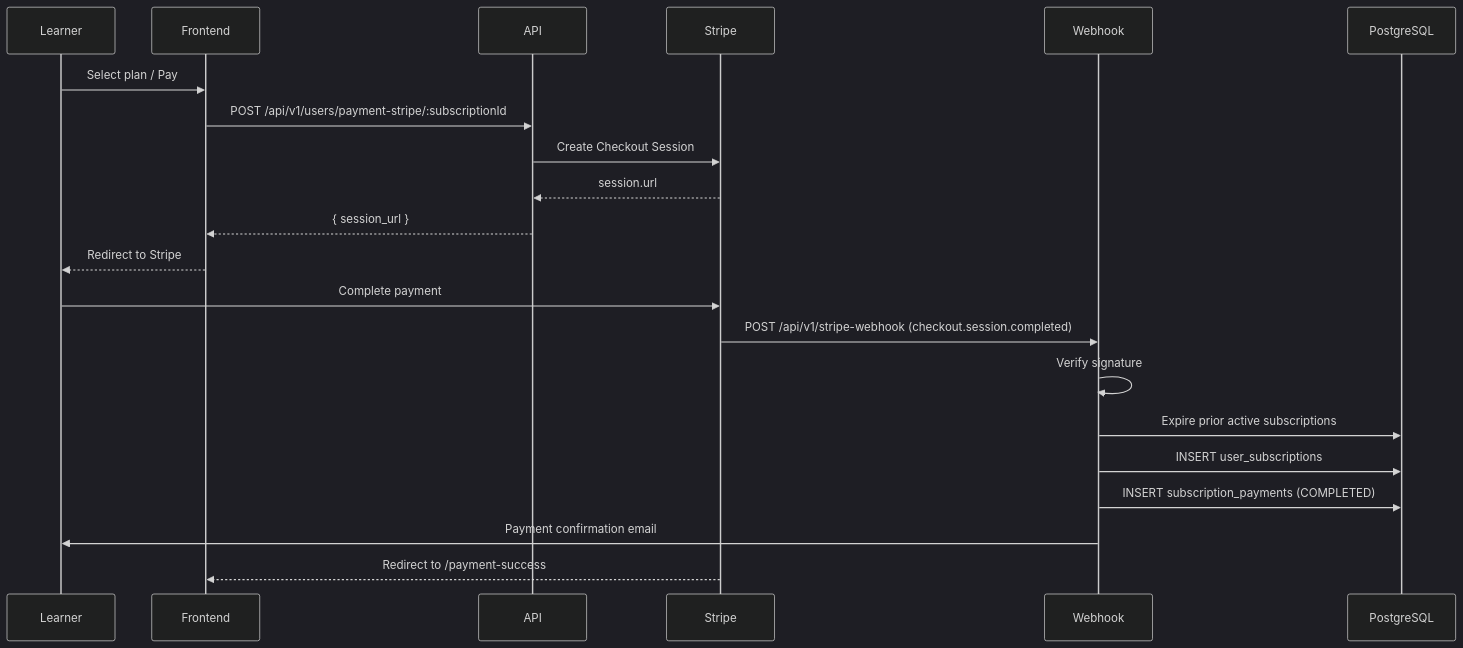
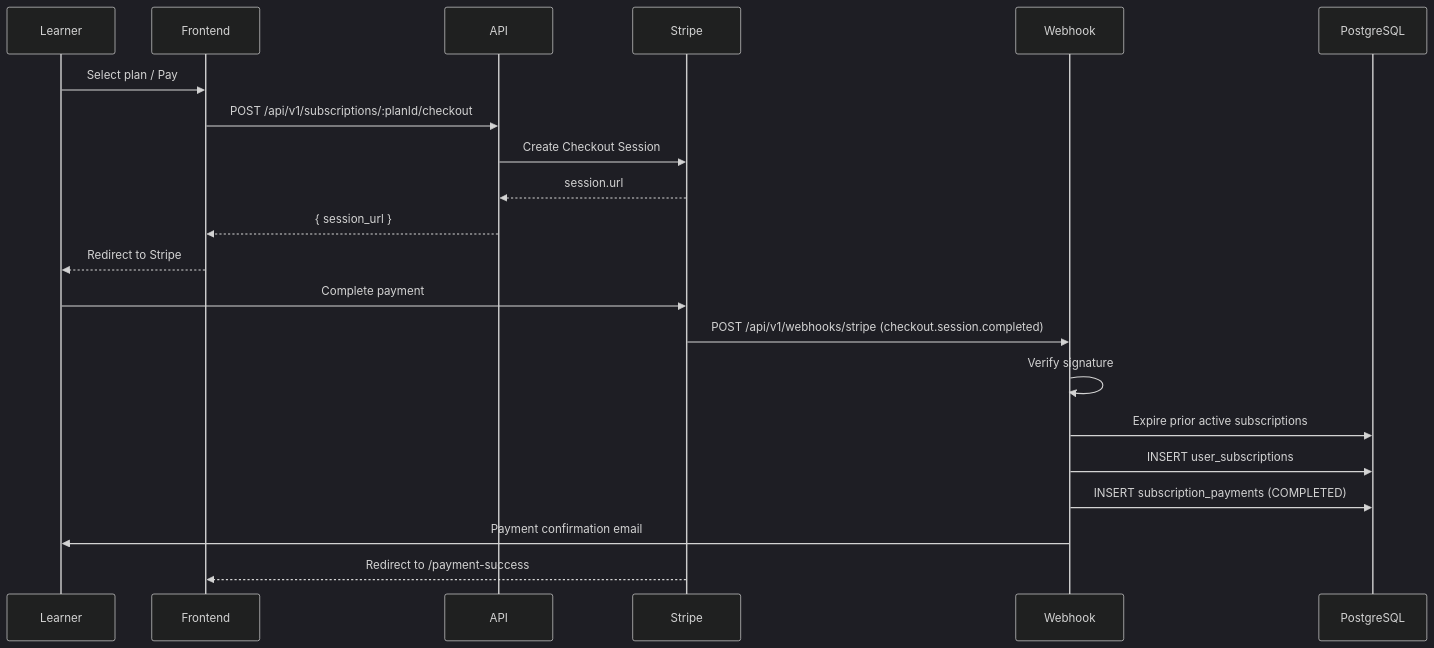
One commit to Rafy-Tho/LearnSphere changed the eighth of 10 diagrams in docs/03-analysis/workflows.md. Above: the diagram before and after it, drawn with Mermaid (dark theme). The commit also changed other lines of this file and 65 other files, not shown here.

````diff
--- a/docs/03-analysis/workflows.md
+++ b/docs/03-analysis/workflows.md
@@ -169,24 +169,24 @@
 ```mermaid
 sequenceDiagram
   participant L as Learner
   participant F as Frontend
   participant A as API
   participant S as Stripe
   participant W as Webhook
   participant DB as PostgreSQL
 
   L->>F: Select plan / Pay
-  F->>A: POST /api/v1/users/payment-stripe/:subscriptionId
+  F->>A: POST /api/v1/subscriptions/:planId/checkout
   A->>S: Create Checkout Session
   S-->>A: session.url
   A-->>F: { session_url }
   F-->>L: Redirect to Stripe
   L->>S: Complete payment
-  S->>W: POST /api/v1/stripe-webhook (checkout.session.completed)
+  S->>W: POST /api/v1/webhooks/stripe (checkout.session.completed)
   W->>W: Verify signature
   W->>DB: Expire prior active subscriptions
   W->>DB: INSERT user_subscriptions
   W->>DB: INSERT subscription_payments (COMPLETED)
   W->>L: Payment confirmation email
   S-->>F: Redirect to /payment-success
 ```
````
